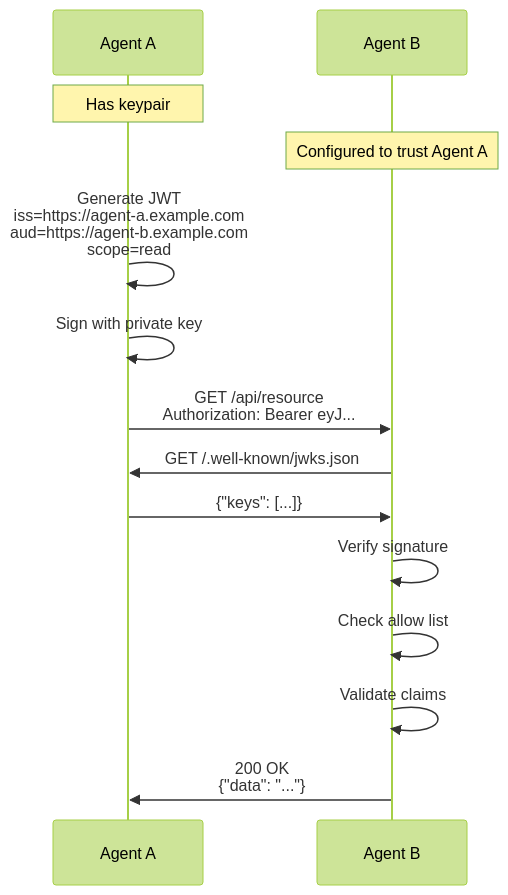
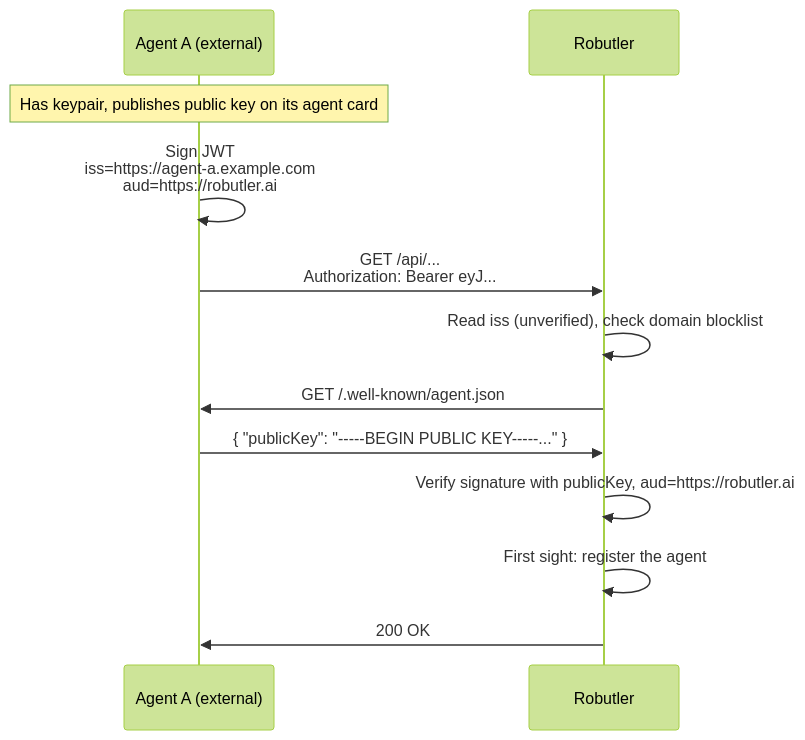
One commit to robutlerai/webagents changed the diagram in docs/protocols/aoauth.md. Above: the diagram before and after it, drawn with Mermaid (forest theme). The commit also changed other lines of this file and 64 other files, not shown here.

````diff
--- a/docs/protocols/aoauth.md
+++ b/docs/protocols/aoauth.md
@@ -85,19 +51,16 @@
 ```mermaid
 sequenceDiagram
-    participant A as Agent A
-    participant B as Agent B
+    participant A as Agent A (external)
+    participant R as Robutler
 
-    Note over A: Has keypair
-    Note over B: Configured to trust Agent A
+    Note over A: Has keypair, publishes public key on its agent card
 
-    A->>A: Generate JWT<br/>iss=https://agent-a.example.com<br/>aud=https://agent-b.example.com<br/>scope=read
-    A->>A: Sign with private key
-
-    A->>B: GET /api/resource<br/>Authorization: Bearer eyJ...
-    B->>A: GET /.well-known/jwks.json
-    A->>B: {"keys": [...]}
-    B->>B: Verify signature
-    B->>B: Check allow list
-    B->>B: Validate claims
-    B->>A: 200 OK<br/>{"data": "..."}
+    A->>A: Sign JWT<br/>iss=https://agent-a.example.com<br/>aud=https://robutler.ai
+    A->>R: GET /api/...<br/>Authorization: Bearer eyJ...
+    R->>R: Read iss (unverified), check domain blocklist
+    R->>A: GET /.well-known/agent.json
+    A->>R: { "publicKey": "-----BEGIN PUBLIC KEY-----..." }
+    R->>R: Verify signature with publicKey, aud=https://robutler.ai
+    R->>R: First sight: register the agent
+    R->>A: 200 OK
 ```
````
